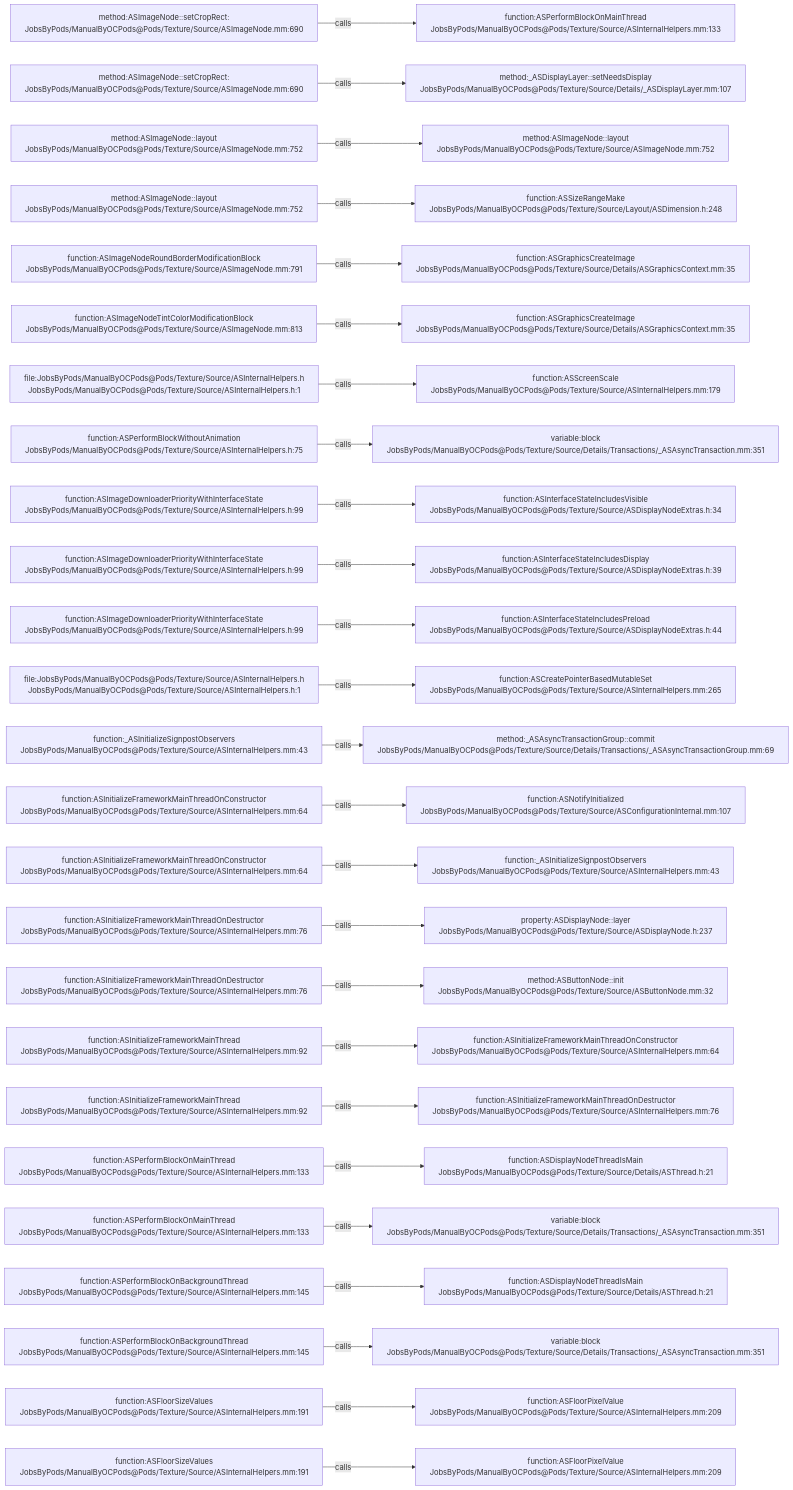
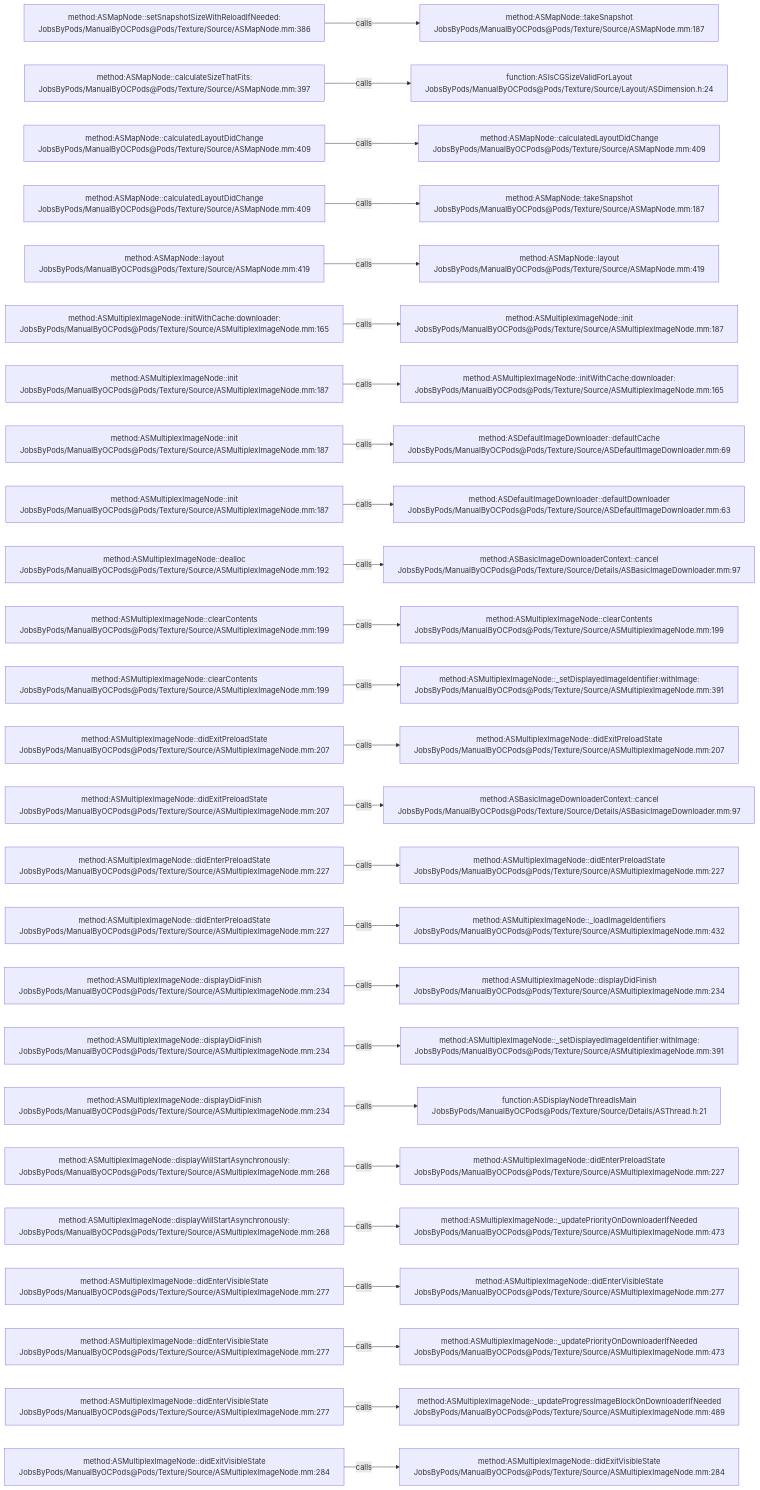
Before and after one commit to JobsKits/JobsOCBaseConfigDemo: the diagram in .codegraph/codegraph.md/graphs/calls-112.md, drawn with Mermaid. The commit also changed 1353 other files, not shown here.

````diff
--- a/.codegraph/codegraph.md/graphs/calls-112.md
+++ b/.codegraph/codegraph.md/graphs/calls-112.md
@@ -13,78 +13,78 @@
 ```mermaid
 flowchart LR
-  S1["method:ASImageNode::setCropRect:<br/>JobsByPods/ManualByOCPods@Pods/Texture/Source/ASImageNode.mm:690"]
-  T1["function:ASPerformBlockOnMainThread<br/>JobsByPods/ManualByOCPods@Pods/Texture/Source/ASInternalHelpers.mm:133"]
+  S1["method:ASMapNode::setSnapshotSizeWithReloadIfNeeded:<br/>JobsByPods/ManualByOCPods@Pods/Texture/Source/ASMapNode.mm:386"]
+  T1["method:ASMapNode::takeSnapshot<br/>JobsByPods/ManualByOCPods@Pods/Texture/Source/ASMapNode.mm:187"]
   S1 -->|calls| T1
-  S2["method:ASImageNode::setCropRect:<br/>JobsByPods/ManualByOCPods@Pods/Texture/Source/ASImageNode.mm:690"]
-  T2["method:_ASDisplayLayer::setNeedsDisplay<br/>JobsByPods/ManualByOCPods@Pods/Texture/Source/Details/_ASDisplayLayer.mm:107"]
+  S2["method:ASMapNode::calculateSizeThatFits:<br/>JobsByPods/ManualByOCPods@Pods/Texture/Source/ASMapNode.mm:397"]
+  T2["function:ASIsCGSizeValidForLayout<br/>JobsByPods/ManualByOCPods@Pods/Texture/Source/Layout/ASDimension.h:24"]
   S2 -->|calls| T2
-  S3["method:ASImageNode::layout<br/>JobsByPods/ManualByOCPods@Pods/Texture/Source/ASImageNode.mm:752"]
-  T3["method:ASImageNode::layout<br/>JobsByPods/ManualByOCPods@Pods/Texture/Source/ASImageNode.mm:752"]
+  S3["method:ASMapNode::calculatedLayoutDidChange<br/>JobsByPods/ManualByOCPods@Pods/Texture/Source/ASMapNode.mm:409"]
+  T3["method:ASMapNode::calculatedLayoutDidChange<br/>JobsByPods/ManualByOCPods@Pods/Texture/Source/ASMapNode.mm:409"]
   S3 -->|calls| T3
-  S4["method:ASImageNode::layout<br/>JobsByPods/ManualByOCPods@Pods/Texture/Source/ASImageNode.mm:752"]
-  T4["function:ASSizeRangeMake<br/>JobsByPods/ManualByOCPods@Pods/Texture/Source/Layout/ASDimension.h:248"]
+  S4["method:ASMapNode::calculatedLayoutDidChange<br/>JobsByPods/ManualByOCPods@Pods/Texture/Source/ASMapNode.mm:409"]
+  T4["method:ASMapNode::takeSnapshot<br/>JobsByPods/ManualByOCPods@Pods/Texture/Source/ASMapNode.mm:187"]
   S4 -->|calls| T4
-  S5["function:ASImageNodeRoundBorderModificationBlock<br/>JobsByPods/ManualByOCPods@Pods/Texture/Source/ASImageNode.mm:791"]
-  T5["function:ASGraphicsCreateImage<br/>JobsByPods/ManualByOCPods@Pods/Texture/Source/Details/ASGraphicsContext.mm:35"]
+  S5["method:ASMapNode::layout<br/>JobsByPods/ManualByOCPods@Pods/Texture/Source/ASMapNode.mm:419"]
+  T5["method:ASMapNode::layout<br/>JobsByPods/ManualByOCPods@Pods/Texture/Source/ASMapNode.mm:419"]
   S5 -->|calls| T5
-  S6["function:ASImageNodeTintColorModificationBlock<br/>JobsByPods/ManualByOCPods@Pods/Texture/Source/ASImageNode.mm:813"]
-  T6["function:ASGraphicsCreateImage<br/>JobsByPods/ManualByOCPods@Pods/Texture/Source/Details/ASGraphicsContext.mm:35"]
+  S6["method:ASMultiplexImageNode::initWithCache:downloader:<br/>JobsByPods/ManualByOCPods@Pods/Texture/Source/ASMultiplexImageNode.mm:165"]
+  T6["method:ASMultiplexImageNode::init<br/>JobsByPods/ManualByOCPods@Pods/Texture/Source/ASMultiplexImageNode.mm:187"]
   S6 -->|calls| T6
-  S7["file:JobsByPods/ManualByOCPods@Pods/Texture/Source/ASInternalHelpers.h<br/>JobsByPods/ManualByOCPods@Pods/Texture/Source/ASInternalHelpers.h:1"]
-  T7["function:ASScreenScale<br/>JobsByPods/ManualByOCPods@Pods/Texture/Source/ASInternalHelpers.mm:179"]
+  S7["method:ASMultiplexImageNode::init<br/>JobsByPods/ManualByOCPods@Pods/Texture/Source/ASMultiplexImageNode.mm:187"]
+  T7["method:ASMultiplexImageNode::initWithCache:downloader:<br/>JobsByPods/ManualByOCPods@Pods/Texture/Source/ASMultiplexImageNode.mm:165"]
   S7 -->|calls| T7
-  S8["function:ASPerformBlockWithoutAnimation<br/>JobsByPods/ManualByOCPods@Pods/Texture/Source/ASInternalHelpers.h:75"]
-  T8["variable:block<br/>JobsByPods/ManualByOCPods@Pods/Texture/Source/Details/Transactions/_ASAsyncTransaction.mm:351"]
+  S8["method:ASMultiplexImageNode::init<br/>JobsByPods/ManualByOCPods@Pods/Texture/Source/ASMultiplexImageNode.mm:187"]
+  T8["method:ASDefaultImageDownloader::defaultCache<br/>JobsByPods/ManualByOCPods@Pods/Texture/Source/ASDefaultImageDownloader.mm:69"]
   S8 -->|calls| T8
-  S9["function:ASImageDownloaderPriorityWithInterfaceState<br/>JobsByPods/ManualByOCPods@Pods/Texture/Source/ASInternalHelpers.h:99"]
-  T9["function:ASInterfaceStateIncludesVisible<br/>JobsByPods/ManualByOCPods@Pods/Texture/Source/ASDisplayNodeExtras.h:34"]
+  S9["method:ASMultiplexImageNode::init<br/>JobsByPods/ManualByOCPods@Pods/Texture/Source/ASMultiplexImageNode.mm:187"]
+  T9["method:ASDefaultImageDownloader::defaultDownloader<br/>JobsByPods/ManualByOCPods@Pods/Texture/Source/ASDefaultImageDownloader.mm:63"]
   S9 -->|calls| T9
-  S10["function:ASImageDownloaderPriorityWithInterfaceState<br/>JobsByPods/ManualByOCPods@Pods/Texture/Source/ASInternalHelpers.h:99"]
-  T10["function:ASInterfaceStateIncludesDisplay<br/>JobsByPods/ManualByOCPods@Pods/Texture/Source/ASDisplayNodeExtras.h:39"]
+  S10["method:ASMultiplexImageNode::dealloc<br/>JobsByPods/ManualByOCPods@Pods/Texture/Source/ASMultiplexImageNode.mm:192"]
+  T10["method:ASBasicImageDownloaderContext::cancel<br/>JobsByPods/ManualByOCPods@Pods/Texture/Source/Details/ASBasicImageDownloader.mm:97"]
   S10 -->|calls| T10
-  S11["function:ASImageDownloaderPriorityWithInterfaceState<br/>JobsByPods/ManualByOCPods@Pods/Texture/Source/ASInternalHelpers.h:99"]
-  T11["function:ASInterfaceStateIncludesPreload<br/>JobsByPods/ManualByOCPods@Pods/Texture/Source/ASDisplayNodeExtras.h:44"]
+  S11["method:ASMultiplexImageNode::clearContents<br/>JobsByPods/ManualByOCPods@Pods/Texture/Source/ASMultiplexImageNode.mm:199"]
+  T11["method:ASMultiplexImageNode::clearContents<br/>JobsByPods/ManualByOCPods@Pods/Texture/Source/ASMultiplexImageNode.mm:199"]
   S11 -->|calls| T11
-  S12["file:JobsByPods/ManualByOCPods@Pods/Texture/Source/ASInternalHelpers.h<br/>JobsByPods/ManualByOCPods@Pods/Texture/Source/ASInternalHelpers.h:1"]
-  T12["function:ASCreatePointerBasedMutableSet<br/>JobsByPods/ManualByOCPods@Pods/Texture/Source/ASInternalHelpers.mm:265"]
+  S12["method:ASMultiplexImageNode::clearContents<br/>JobsByPods/ManualByOCPods@Pods/Texture/Source/ASMultiplexImageNode.mm:199"]
+  T12["method:ASMultiplexImageNode::_setDisplayedImageIdentifier:withImage:<br/>JobsByPods/ManualByOCPods@Pods/Texture/Source/ASMultiplexImageNode.mm:391"]
   S12 -->|calls| T12
-  S13["function:_ASInitializeSignpostObservers<br/>JobsByPods/ManualByOCPods@Pods/Texture/Source/ASInternalHelpers.mm:43"]
-  T13["method:_ASAsyncTransactionGroup::commit<br/>JobsByPods/ManualByOCPods@Pods/Texture/Source/Details/Transactions/_ASAsyncTransactionGroup.mm:69"]
+  S13["method:ASMultiplexImageNode::didExitPreloadState<br/>JobsByPods/ManualByOCPods@Pods/Texture/Source/ASMultiplexImageNode.mm:207"]
+  T13["method:ASMultiplexImageNode::didExitPreloadState<br/>JobsByPods/ManualByOCPods@Pods/Texture/Source/ASMultiplexImageNode.mm:207"]
   S13 -->|calls| T13
-  S14["function:ASInitializeFrameworkMainThreadOnConstructor<br/>JobsByPods/ManualByOCPods@Pods/Texture/Source/ASInternalHelpers.mm:64"]
-  T14["function:ASNotifyInitialized<br/>JobsByPods/ManualByOCPods@Pods/Texture/Source/ASConfigurationInternal.mm:107"]
+  S14["method:ASMultiplexImageNode::didExitPreloadState<br/>JobsByPods/ManualByOCPods@Pods/Texture/Source/ASMultiplexImageNode.mm:207"]
+  T14["method:ASBasicImageDownloaderContext::cancel<br/>JobsByPods/ManualByOCPods@Pods/Texture/Source/Details/ASBasicImageDownloader.mm:97"]
   S14 -->|calls| T14
-  S15["function:ASInitializeFrameworkMainThreadOnConstructor<br/>JobsByPods/ManualByOCPods@Pods/Texture/Source/ASInternalHelpers.mm:64"]
-  T15["function:_ASInitializeSignpostObservers<br/>JobsByPods/ManualByOCPods@Pods/Texture/Source/ASInternalHelpers.mm:43"]
+  S15["method:ASMultiplexImageNode::didEnterPreloadState<br/>JobsByPods/ManualByOCPods@Pods/Texture/Source/ASMultiplexImageNode.mm:227"]
+  T15["method:ASMultiplexImageNode::didEnterPreloadState<br/>JobsByPods/ManualByOCPods@Pods/Texture/Source/ASMultiplexImageNode.mm:227"]
   S15 -->|calls| T15
-  S16["function:ASInitializeFrameworkMainThreadOnDestructor<br/>JobsByPods/ManualByOCPods@Pods/Texture/Source/ASInternalHelpers.mm:76"]
-  T16["property:ASDisplayNode::layer<br/>JobsByPods/ManualByOCPods@Pods/Texture/Source/ASDisplayNode.h:237"]
+  S16["method:ASMultiplexImageNode::didEnterPreloadState<br/>JobsByPods/ManualByOCPods@Pods/Texture/Source/ASMultiplexImageNode.mm:227"]
+  T16["method:ASMultiplexImageNode::_loadImageIdentifiers<br/>JobsByPods/ManualByOCPods@Pods/Texture/Source/ASMultiplexImageNode.mm:432"]
   S16 -->|calls| T16
-  S17["function:ASInitializeFrameworkMainThreadOnDestructor<br/>JobsByPods/ManualByOCPods@Pods/Texture/Source/ASInternalHelpers.mm:76"]
-  T17["method:ASButtonNode::init<br/>JobsByPods/ManualByOCPods@Pods/Texture/Source/ASButtonNode.mm:32"]
+  S17["method:ASMultiplexImageNode::displayDidFinish<br/>JobsByPods/ManualByOCPods@Pods/Texture/Source/ASMultiplexImageNode.mm:234"]
+  T17["method:ASMultiplexImageNode::displayDidFinish<br/>JobsByPods/ManualByOCPods@Pods/Texture/Source/ASMultiplexImageNode.mm:234"]
   S17 -->|calls| T17
-  S18["function:ASInitializeFrameworkMainThread<br/>JobsByPods/ManualByOCPods@Pods/Texture/Source/ASInternalHelpers.mm:92"]
-  T18["function:ASInitializeFrameworkMainThreadOnConstructor<br/>JobsByPods/ManualByOCPods@Pods/Texture/Source/ASInternalHelpers.mm:64"]
+  S18["method:ASMultiplexImageNode::displayDidFinish<br/>JobsByPods/ManualByOCPods@Pods/Texture/Source/ASMultiplexImageNode.mm:234"]
+  T18["method:ASMultiplexImageNode::_setDisplayedImageIdentifier:withImage:<br/>JobsByPods/ManualByOCPods@Pods/Texture/Source/ASMultiplexImageNode.mm:391"]
   S18 -->|calls| T18
-  S19["function:ASInitializeFrameworkMainThread<br/>JobsByPods/ManualByOCPods@Pods/Texture/Source/ASInternalHelpers.mm:92"]
-  T19["function:ASInitializeFrameworkMainThreadOnDestructor<br/>JobsByPods/ManualByOCPods@Pods/Texture/Source/ASInternalHelpers.mm:76"]
+  S19["method:ASMultiplexImageNode::displayDidFinish<br/>JobsByPods/ManualByOCPods@Pods/Texture/Source/ASMultiplexImageNode.mm:234"]
+  T19["function:ASDisplayNodeThreadIsMain<br/>JobsByPods/ManualByOCPods@Pods/Texture/Source/Details/ASThread.h:21"]
   S19 -->|calls| T19
-  S20["function:ASPerformBlockOnMainThread<br/>JobsByPods/ManualByOCPods@Pods/Texture/Source/ASInternalHelpers.mm:133"]
-  T20["function:ASDisplayNodeThreadIsMain<br/>JobsByPods/ManualByOCPods@Pods/Texture/Source/Details/ASThread.h:21"]
+  S20["method:ASMultiplexImageNode::displayWillStartAsynchronously:<br/>JobsByPods/ManualByOCPods@Pods/Texture/Source/ASMultiplexImageNode.mm:268"]
+  T20["method:ASMultiplexImageNode::didEnterPreloadState<br/>JobsByPods/ManualByOCPods@Pods/Texture/Source/ASMultiplexImageNode.mm:227"]
   S20 -->|calls| T20
-  S21["function:ASPerformBlockOnMainThread<br/>JobsByPods/ManualByOCPods@Pods/Texture/Source/ASInternalHelpers.mm:133"]
-  T21["variable:block<br/>JobsByPods/ManualByOCPods@Pods/Texture/Source/Details/Transactions/_ASAsyncTransaction.mm:351"]
+  S21["method:ASMultiplexImageNode::displayWillStartAsynchronously:<br/>JobsByPods/ManualByOCPods@Pods/Texture/Source/ASMultiplexImageNode.mm:268"]
+  T21["method:ASMultiplexImageNode::_updatePriorityOnDownloaderIfNeeded<br/>JobsByPods/ManualByOCPods@Pods/Texture/Source/ASMultiplexImageNode.mm:473"]
   S21 -->|calls| T21
-  S22["function:ASPerformBlockOnBackgroundThread<br/>JobsByPods/ManualByOCPods@Pods/Texture/Source/ASInternalHelpers.mm:145"]
-  T22["function:ASDisplayNodeThreadIsMain<br/>JobsByPods/ManualByOCPods@Pods/Texture/Source/Details/ASThread.h:21"]
+  S22["method:ASMultiplexImageNode::didEnterVisibleState<br/>JobsByPods/ManualByOCPods@Pods/Texture/Source/ASMultiplexImageNode.mm:277"]
+  T22["method:ASMultiplexImageNode::didEnterVisibleState<br/>JobsByPods/ManualByOCPods@Pods/Texture/Source/ASMultiplexImageNode.mm:277"]
   S22 -->|calls| T22
-  S23["function:ASPerformBlockOnBackgroundThread<br/>JobsByPods/ManualByOCPods@Pods/Texture/Source/ASInternalHelpers.mm:145"]
-  T23["variable:block<br/>JobsByPods/ManualByOCPods@Pods/Texture/Source/Details/Transactions/_ASAsyncTransaction.mm:351"]
+  S23["method:ASMultiplexImageNode::didEnterVisibleState<br/>JobsByPods/ManualByOCPods@Pods/Texture/Source/ASMultiplexImageNode.mm:277"]
+  T23["method:ASMultiplexImageNode::_updatePriorityOnDownloaderIfNeeded<br/>JobsByPods/ManualByOCPods@Pods/Texture/Source/ASMultiplexImageNode.mm:473"]
   S23 -->|calls| T23
-  S24["function:ASFloorSizeValues<br/>JobsByPods/ManualByOCPods@Pods/Texture/Source/ASInternalHelpers.mm:191"]
-  T24["function:ASFloorPixelValue<br/>JobsByPods/ManualByOCPods@Pods/Texture/Source/ASInternalHelpers.mm:209"]
+  S24["method:ASMultiplexImageNode::didEnterVisibleState<br/>JobsByPods/ManualByOCPods@Pods/Texture/Source/ASMultiplexImageNode.mm:277"]
+  T24["method:ASMultiplexImageNode::_updateProgressImageBlockOnDownloaderIfNeeded<br/>JobsByPods/ManualByOCPods@Pods/Texture/Source/ASMultiplexImageNode.mm:489"]
   S24 -->|calls| T24
-  S25["function:ASFloorSizeValues<br/>JobsByPods/ManualByOCPods@Pods/Texture/Source/ASInternalHelpers.mm:191"]
-  T25["function:ASFloorPixelValue<br/>JobsByPods/ManualByOCPods@Pods/Texture/Source/ASInternalHelpers.mm:209"]
+  S25["method:ASMultiplexImageNode::didExitVisibleState<br/>JobsByPods/ManualByOCPods@Pods/Texture/Source/ASMultiplexImageNode.mm:284"]
+  T25["method:ASMultiplexImageNode::didExitVisibleState<br/>JobsByPods/ManualByOCPods@Pods/Texture/Source/ASMultiplexImageNode.mm:284"]
   S25 -->|calls| T25
 ```
````
